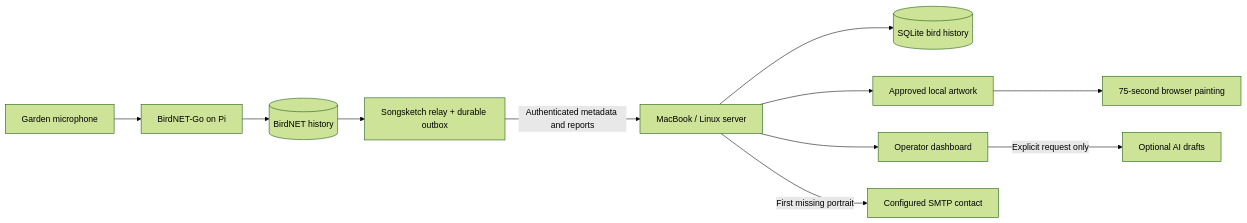
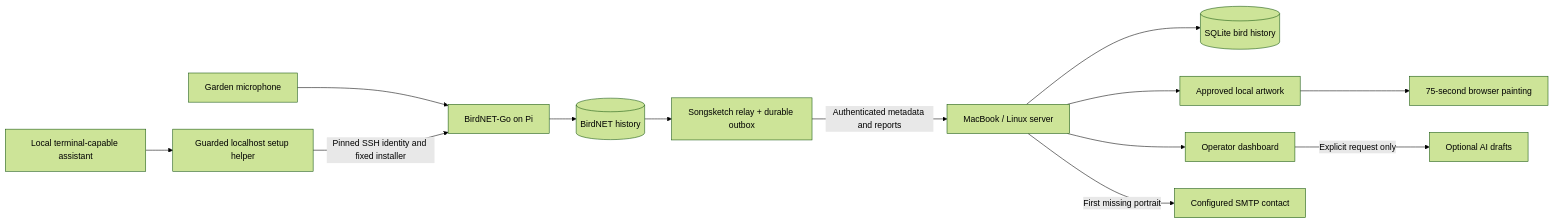
One commit to katkinkead/heard-a-bird changed the diagram in docs/architecture.md. Above: the diagram before and after it, drawn with Mermaid (forest theme). The commit also changed other lines of this file and 31 other files, not shown here.

Commit message:
Build AI-led setup, guarded Pi commissioning and recovery handoff

````diff
--- a/docs/architecture.md
+++ b/docs/architecture.md
@@ -3,13 +3,15 @@
 ```mermaid
 flowchart LR
   Mic[Garden microphone] --> BirdNET[BirdNET-Go on Pi]
   BirdNET --> PiDB[(BirdNET history)]
   PiDB --> Relay[Songsketch relay + durable outbox]
   Relay -->|Authenticated metadata and reports| Server[MacBook / Linux server]
   Server --> History[(SQLite bird history)]
   Server --> Art[Approved local artwork]
   Art --> Display[75-second browser painting]
   Server --> Desk[Operator dashboard]
   Desk -->|Explicit request only| AI[Optional AI drafts]
   Server -->|First missing portrait| Mail[Configured SMTP contact]
+  Assistant[Local terminal-capable assistant] --> Setup[Guarded localhost setup helper]
+  Setup -->|Pinned SSH identity and fixed installer| BirdNET
 ```
````
